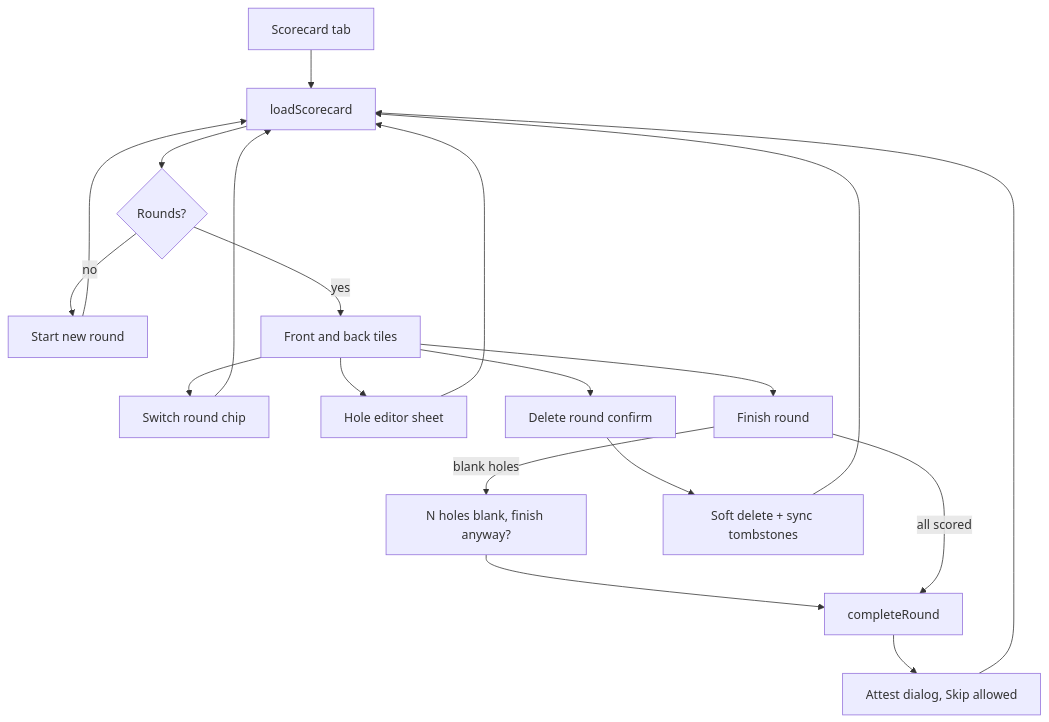
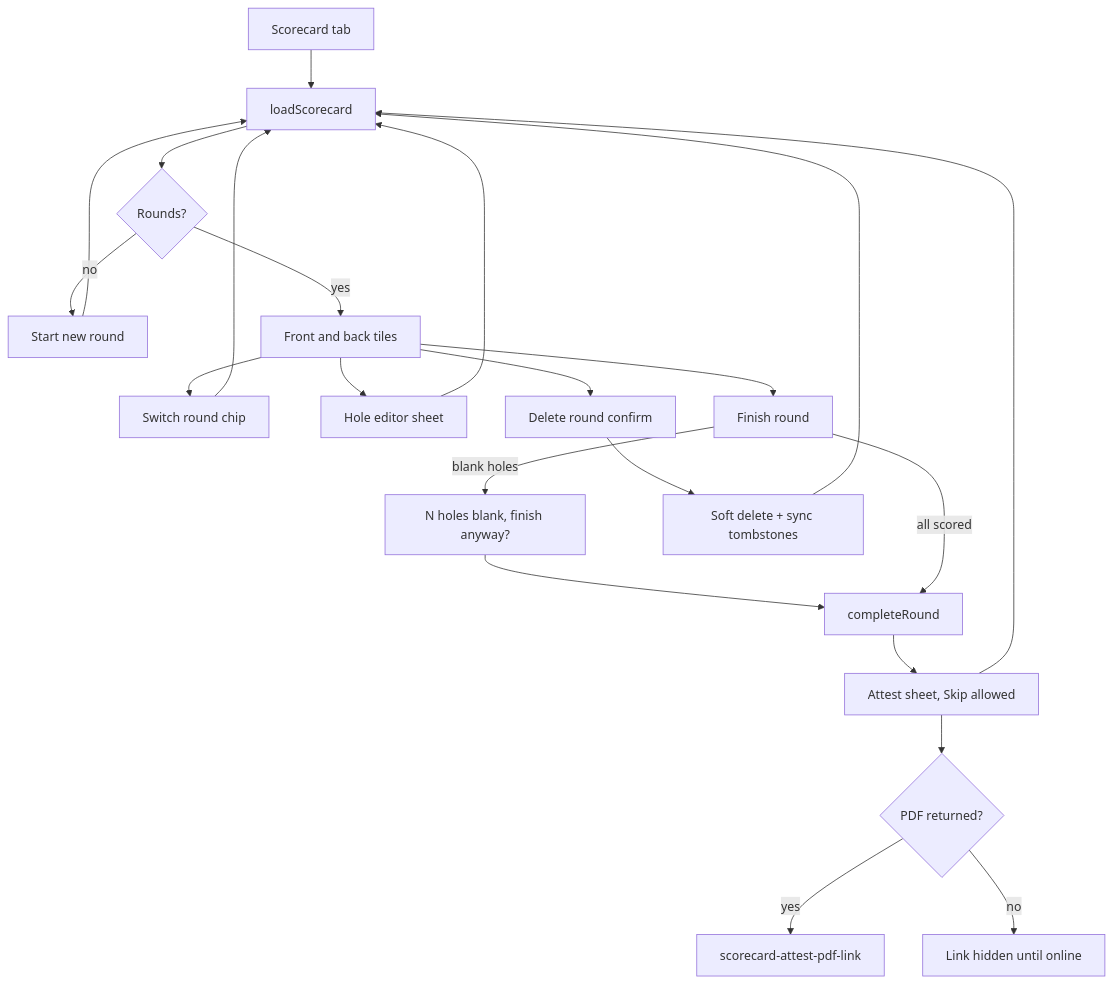
The diagram in docs/context/designs/Wireframe_Scorecard.md (ograva/My-Golf-Diary), drawn with Mermaid before and after one commit. The commit also changed other lines of this file and 48 other files, not shown here.

First line of the commit message:
feat(scorecard): attest with a signature and a cloud PDF

````diff
--- a/docs/context/designs/Wireframe_Scorecard.md
+++ b/docs/context/designs/Wireframe_Scorecard.md
@@ -119,21 +121,24 @@
 ```mermaid
 flowchart TD
   tab[Scorecard tab] --> load[loadScorecard]
   load --> empty{Rounds?}
   empty -->|no| start[Start new round]
   empty -->|yes| grid[Front and back tiles]
   grid --> pick[Switch round chip]
   pick --> load
   grid --> edit[Hole editor sheet]
   edit --> load
   start --> load
   grid --> finish[Finish round]
   finish -->|blank holes| confirm[N holes blank, finish anyway?]
   confirm --> done[completeRound]
   finish -->|all scored| done
-  done --> attest[Attest dialog, Skip allowed]
+  done --> attest[Attest sheet, Skip allowed]
+  attest --> pdf{PDF returned?}
+  pdf -->|yes| link[scorecard-attest-pdf-link]
+  pdf -->|no| wait[Link hidden until online]
   attest --> load
   grid --> del[Delete round confirm]
   del --> tomb[Soft delete + sync tombstones]
   tomb --> load
 ```
````
